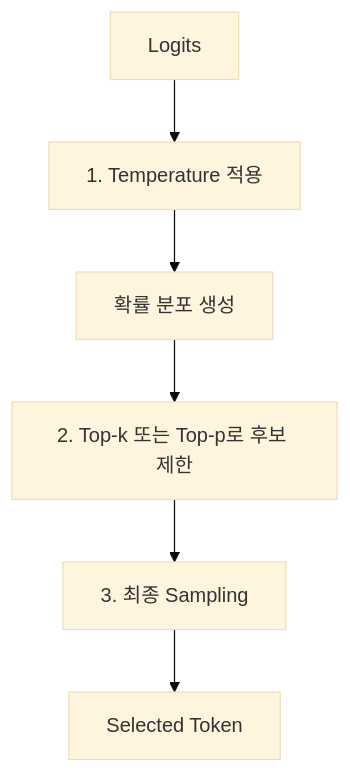
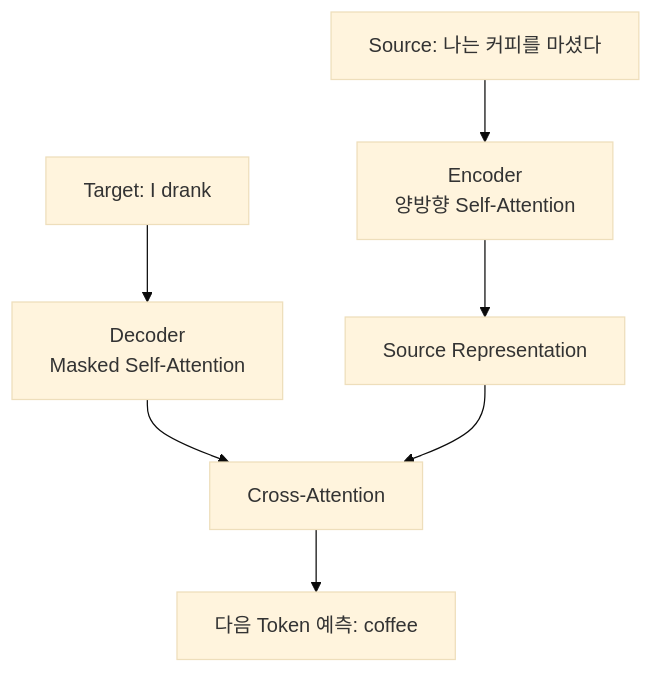
Before and after one commit to jwsung91/jwsung91.github.io: the fourth of 6 diagrams in src/content/blog/2026-07-02-llm-encoder-only와-decoder-only-구조-이해하기.md, drawn with Mermaid (base theme). The commit also changed other lines of this file and 35 other files, not shown here.

````diff
--- a/src/content/blog/2026-07-02-llm-encoder-only와-decoder-only-구조-이해하기.md
+++ b/src/content/blog/2026-07-02-llm-encoder-only와-decoder-only-구조-이해하기.md
@@ -276,9 +185,10 @@
 ```mermaid
 flowchart TD
-    A[Logits] --> B[1. Temperature 적용]
-    B --> C[확률 분포 생성]
-    C --> D[2. Top-k 또는 Top-p로 후보 제한]
-    D --> E[3. 최종 Sampling]
-    E --> F[Selected Token]
+    A[Source: 나는 커피를 마셨다] --> B[Encoder<br/>양방향 Self-Attention]
+    B --> C[Source Representation]
 
+    D[Target: I drank] --> E[Decoder<br/>Masked Self-Attention]
+    E --> F[Cross-Attention]
+    C --> F
+    F --> G[다음 Token 예측: coffee]
 ```
````
